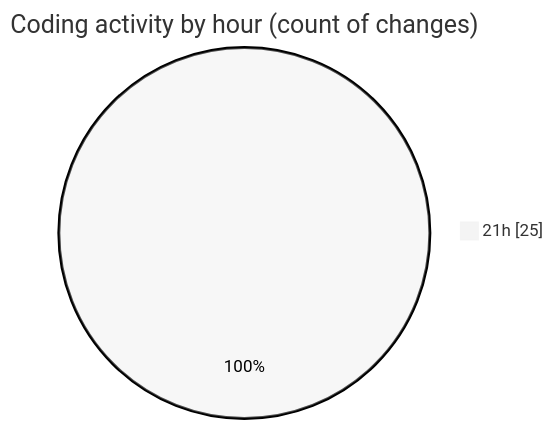
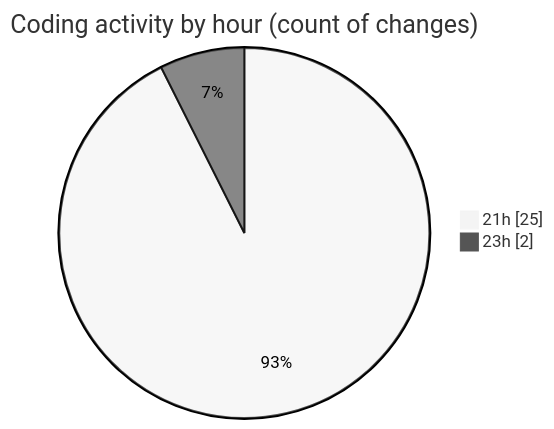
The second of 2 diagrams in 2025-08-06/fish/README.md (EIIisD/code-tracking), drawn with Mermaid (neutral theme) before and after one commit. The commit also changed other lines of this file and 1 other file, not shown here.

````diff
--- a/2025-08-06/fish/README.md
+++ b/2025-08-06/fish/README.md
@@ -30,5 +30,6 @@
 ```mermaid
 pie showData
 title Coding activity by hour (count of changes)
 "21h" : 25
+"23h" : 2
 ```
````
